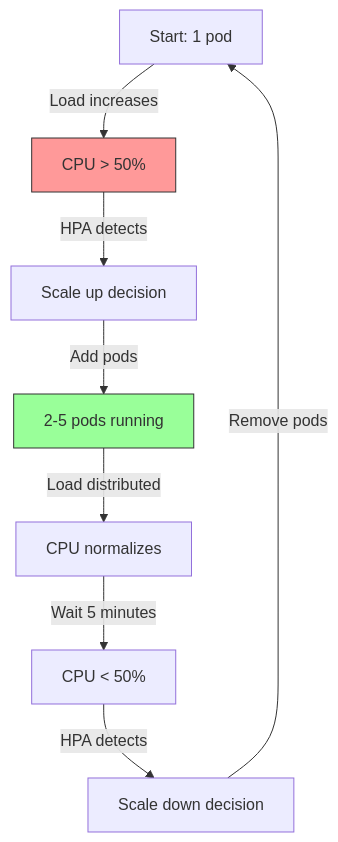
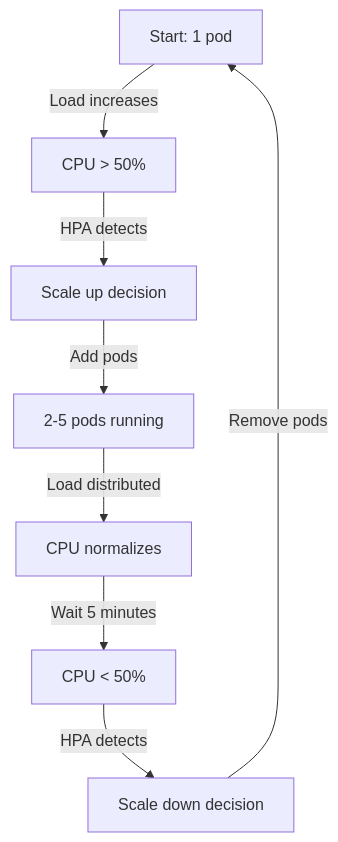
The sixth of 7 diagrams in README.md (githuber20202/jb-gitops), drawn with Mermaid before and after one commit. The commit also changed other lines of this file, not shown here.

````diff
--- a/README.md
+++ b/README.md
@@ -804,13 +789,10 @@
 ```mermaid
 graph TD
     A[Start: 1 pod] -->|Load increases| B[CPU > 50%]
     B -->|HPA detects| C[Scale up decision]
     C -->|Add pods| D[2-5 pods running]
     D -->|Load distributed| E[CPU normalizes]
     E -->|Wait 5 minutes| F[CPU < 50%]
     F -->|HPA detects| G[Scale down decision]
     G -->|Remove pods| A
-    
-    style B fill:#f99,stroke:#333
-    style D fill:#9f9,stroke:#333
 ```
````
